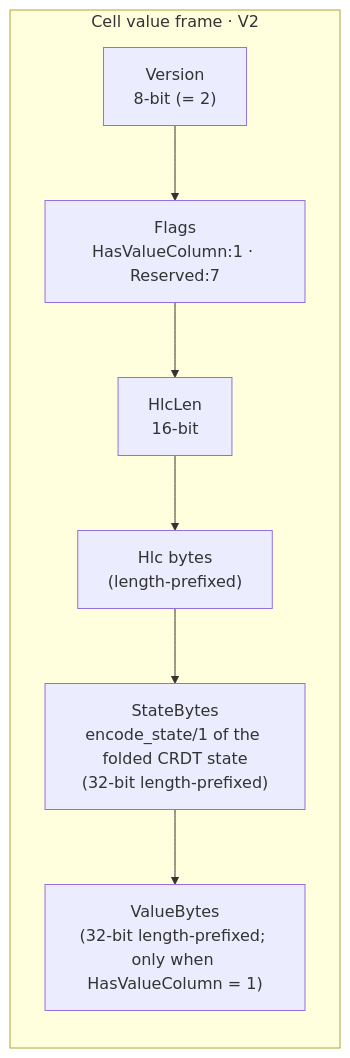
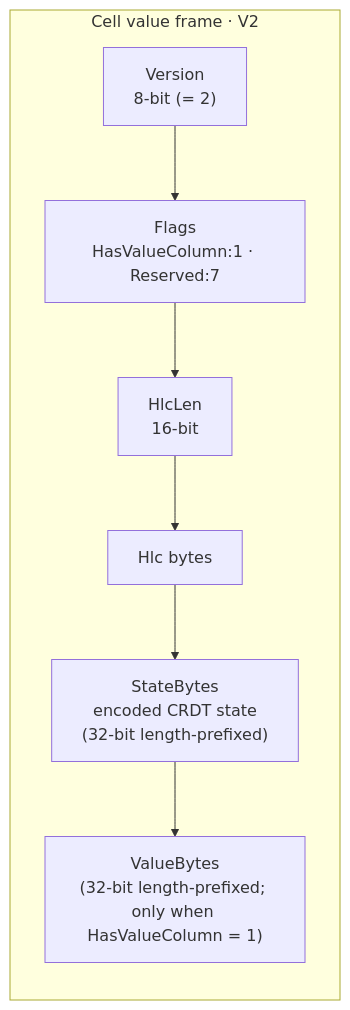
Before and after one commit to bondy-io/bondy: the second of 7 diagrams in apps/bondy_db/doc_extras/architecture/03_bondy_db.md, drawn with Mermaid. The commit also changed other lines of this file and 449 other files, not shown here.

````diff
--- a/apps/bondy_db/doc_extras/architecture/03_bondy_db.md
+++ b/apps/bondy_db/doc_extras/architecture/03_bondy_db.md
@@ -57,13 +49,13 @@
 ```mermaid
 flowchart LR
     subgraph CELL[Cell value frame · V2]
         V["Version<br/>8-bit (= 2)"]
         F["Flags<br/>HasValueColumn:1 · Reserved:7"]
         H["HlcLen<br/>16-bit"]
-        HLC["Hlc bytes<br/>(length-prefixed)"]
-        STATE["StateBytes<br/>encode_state/1 of the folded CRDT state<br/>(32-bit length-prefixed)"]
+        HLC["Hlc bytes"]
+        STATE["StateBytes<br/>encoded CRDT state<br/>(32-bit length-prefixed)"]
         VAL["ValueBytes<br/>(32-bit length-prefixed; only when HasValueColumn = 1)"]
     end
 
     V --> F --> H --> HLC --> STATE --> VAL
 ```
````
